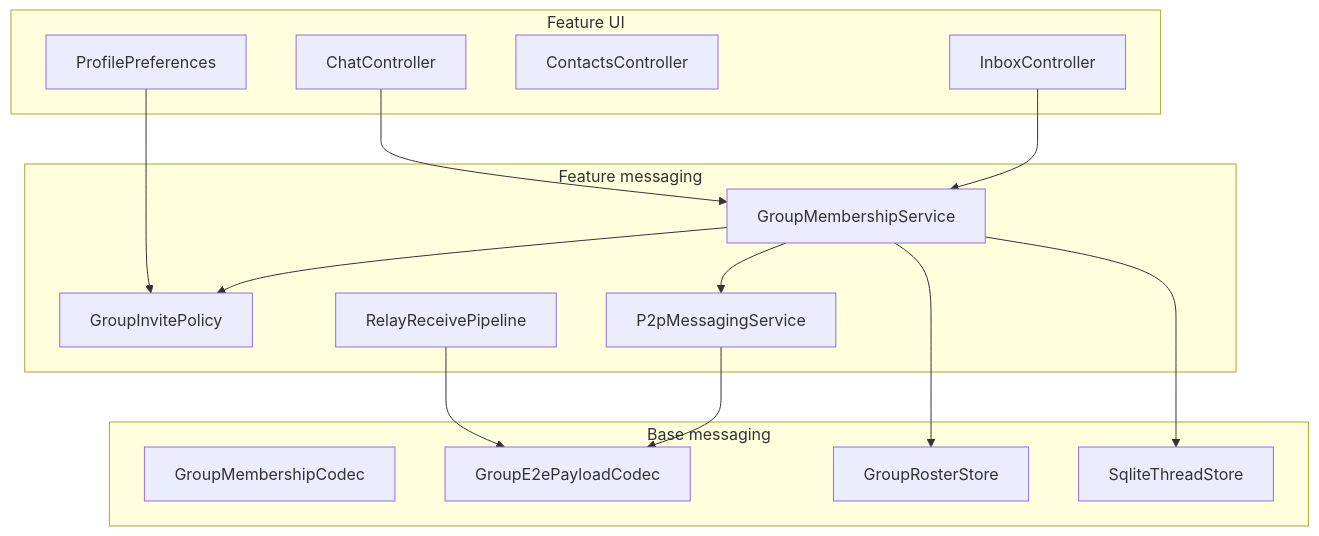
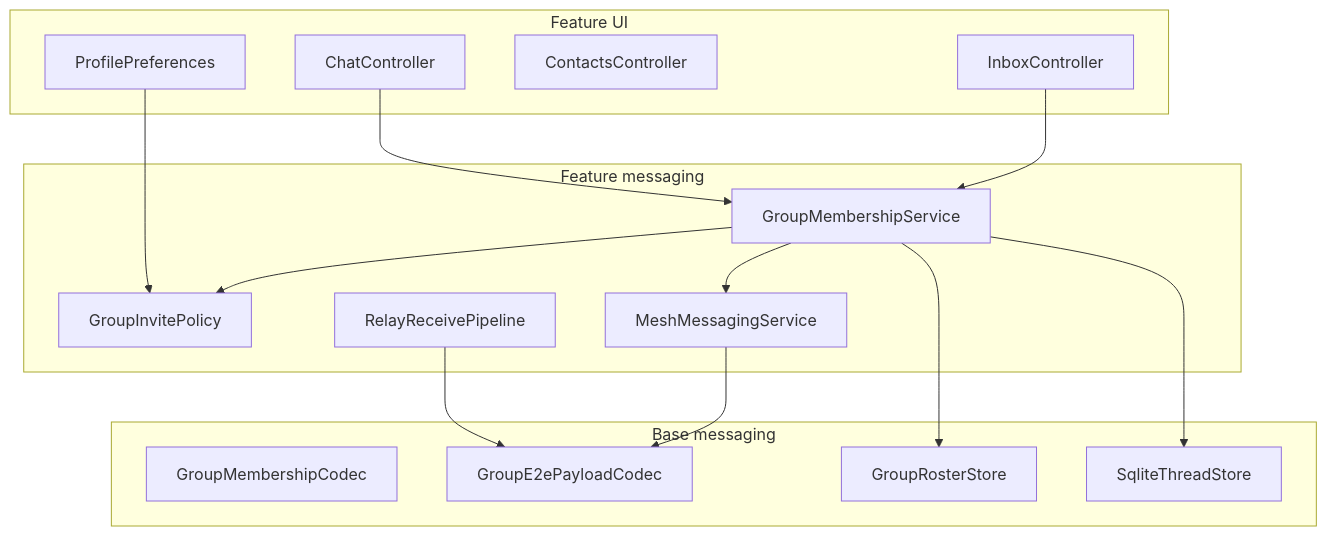
One commit to people-post/pp-browser changed the diagram in projects/group-chat/DESIGN.md. Above: the diagram before and after it, drawn with Mermaid. The commit also changed 290 other files, not shown here.

````diff
--- a/projects/group-chat/DESIGN.md
+++ b/projects/group-chat/DESIGN.md
@@ -23,30 +23,30 @@
 ```mermaid
 flowchart TB
   subgraph ui [Feature UI]
     Inbox[InboxController]
     Chat[ChatController]
     Contacts[ContactsController]
     Settings[ProfilePreferences]
   end
   subgraph feature [Feature messaging]
     GMS[GroupMembershipService]
     GIP[GroupInvitePolicy]
-    P2P[P2pMessagingService]
+    P2P[MeshMessagingService]
     Pipe[RelayReceivePipeline]
   end
   subgraph base [Base messaging]
     Codec[GroupMembershipCodec]
     GEC[GroupE2ePayloadCodec]
     Roster[GroupRosterStore]
     Store[SqliteThreadStore]
   end
   Inbox --> GMS
   Chat --> GMS
   GMS --> GIP
   GMS --> Roster
   GMS --> P2P
   P2P --> GEC
   Pipe --> GEC
   GMS --> Store
   Settings --> GIP
 ```
````
